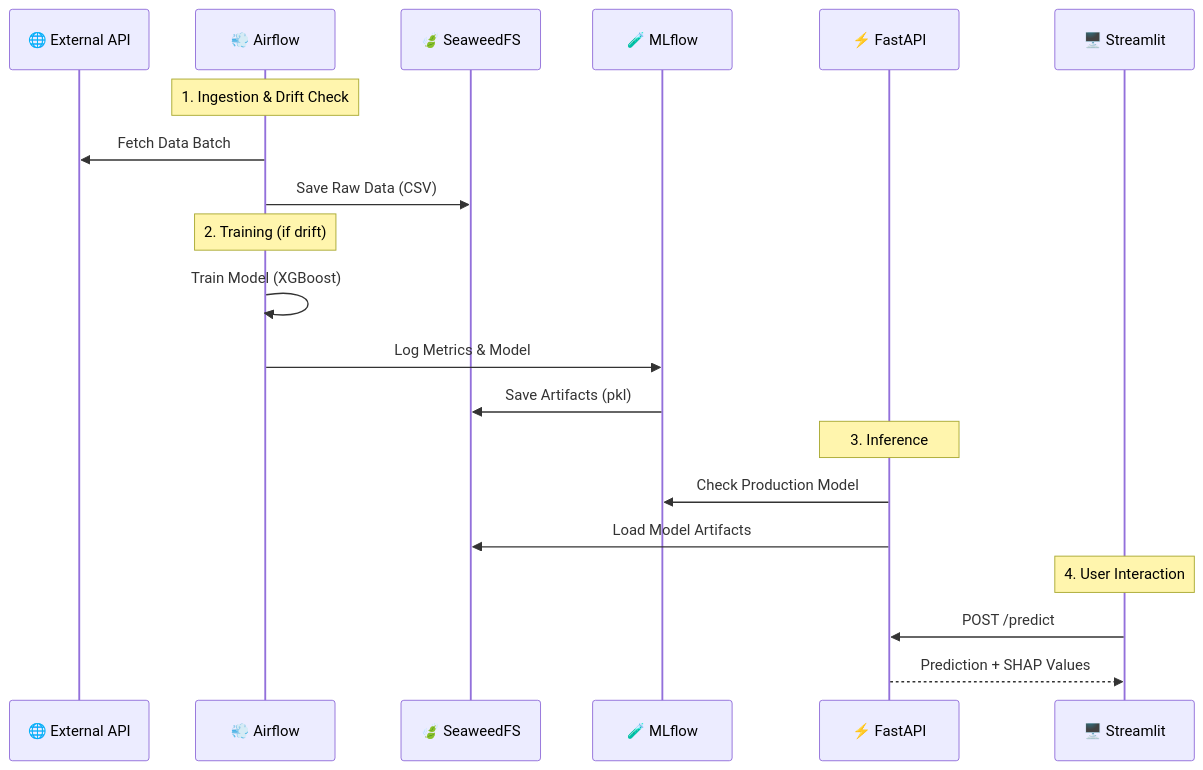
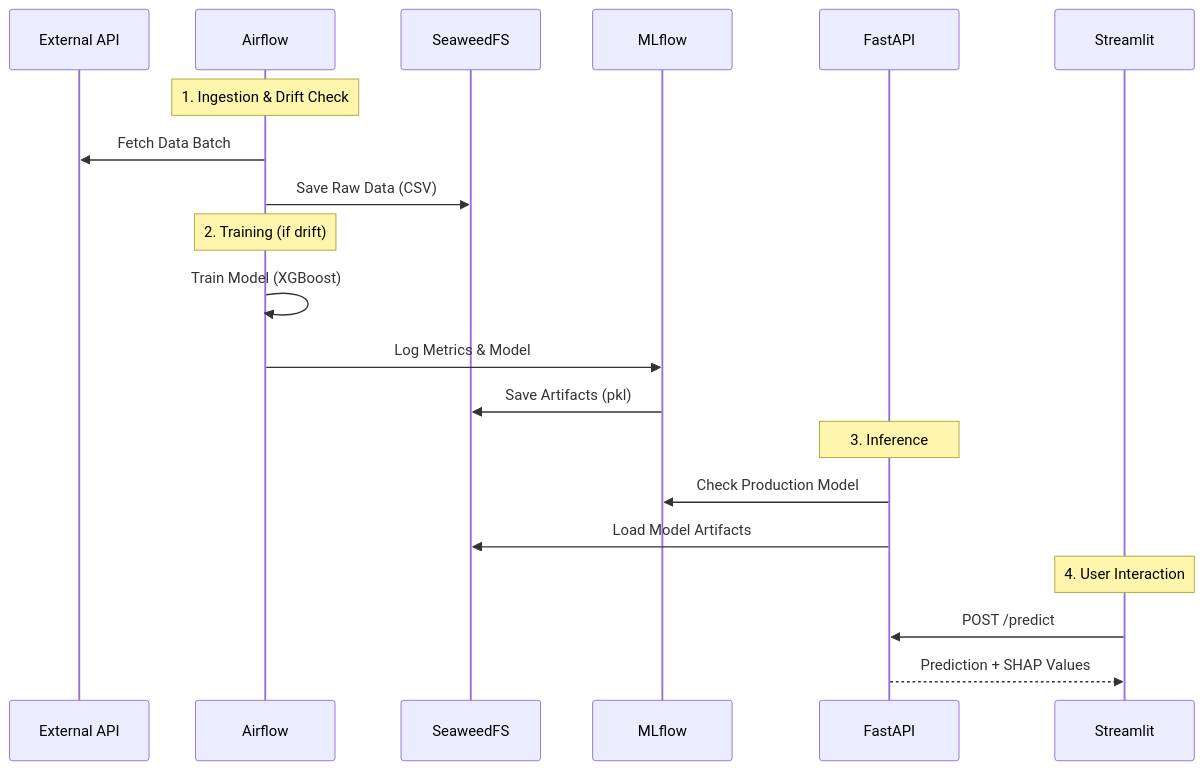
The second of 3 diagrams in docs/TECHNICAL_REPORT.md (davidm094/MLOPS_Proyecto_Final), drawn with Mermaid before and after one commit. The commit also changed other lines of this file and 6 other files, not shown here.

````diff
--- a/docs/TECHNICAL_REPORT.md
+++ b/docs/TECHNICAL_REPORT.md
@@ -135,26 +135,26 @@
 ```mermaid
 sequenceDiagram
-    participant Ext as 🌐 External API
-    participant AF as 💨 Airflow
-    participant S3 as 🍃 SeaweedFS
-    participant ML as 🧪 MLflow
-    participant API as ⚡ FastAPI
-    participant UI as 🖥️ Streamlit
+    participant Ext as  External API
+    participant AF as  Airflow
+    participant S3 as  SeaweedFS
+    participant ML as  MLflow
+    participant API as  FastAPI
+    participant UI as  Streamlit
 
     Note over AF: 1. Ingestion & Drift Check
     AF->>Ext: Fetch Data Batch
     AF->>S3: Save Raw Data (CSV)
     
     Note over AF: 2. Training (if drift)
     AF->>AF: Train Model (XGBoost)
     AF->>ML: Log Metrics & Model
     ML->>S3: Save Artifacts (pkl)
     
     Note over API: 3. Inference
     API->>ML: Check Production Model
     API->>S3: Load Model Artifacts
     
     Note over UI: 4. User Interaction
     UI->>API: POST /predict
     API-->>UI: Prediction + SHAP Values
 ```
````
